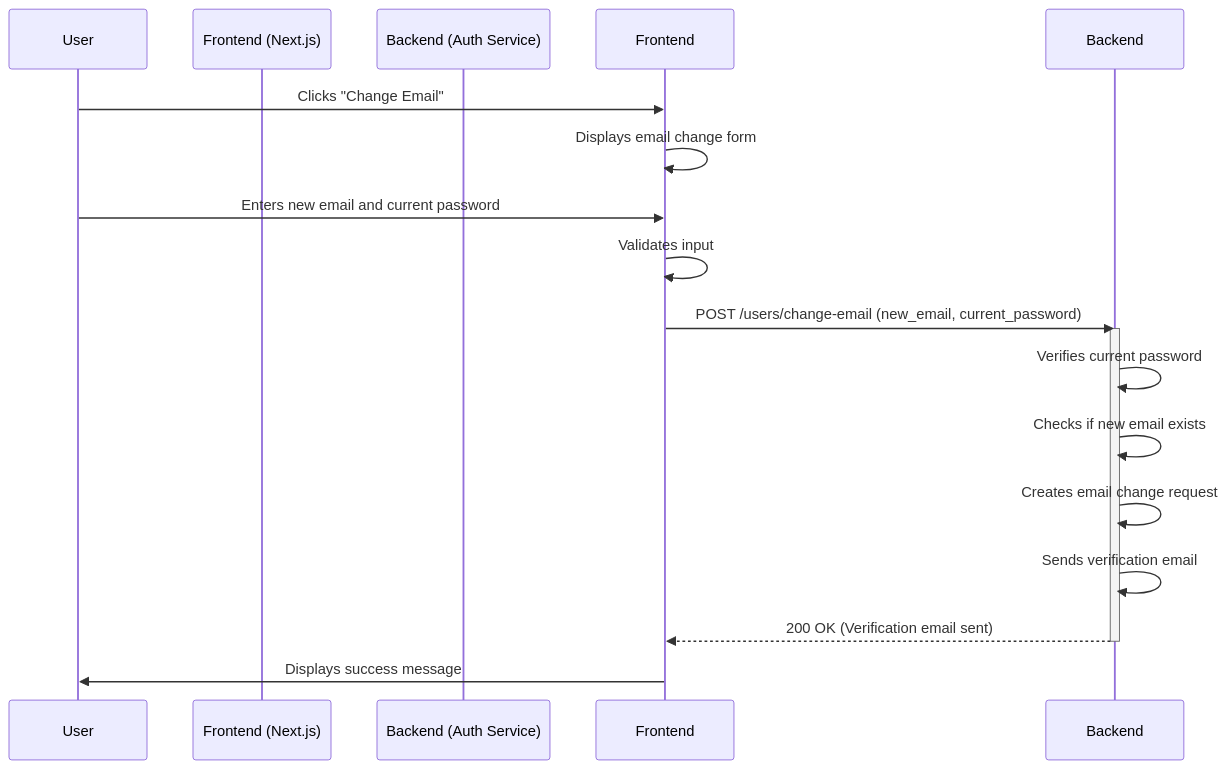
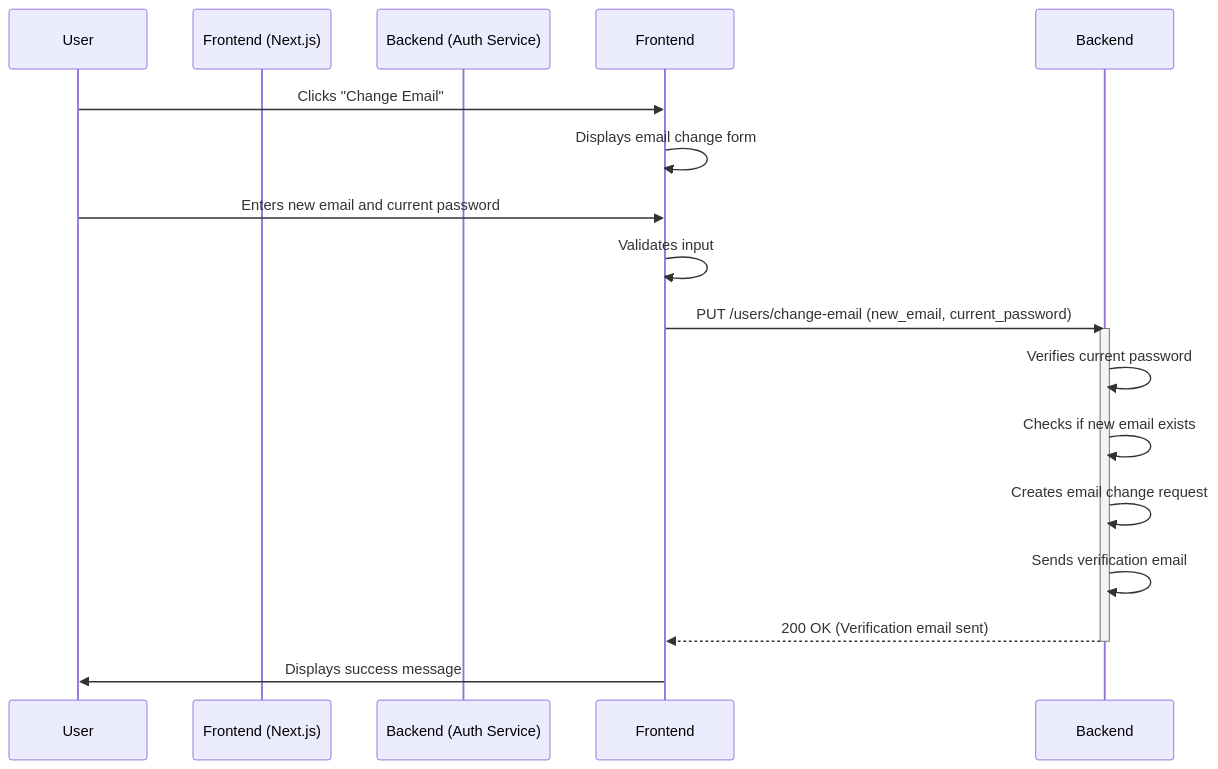
The first of 4 diagrams in docs/authentication_flows.md (AIgen-Solutions-s-r-l/fastapi-auth-service), drawn with Mermaid before and after one commit. The commit also changed other lines of this file, not shown here.

````diff
--- a/docs/authentication_flows.md
+++ b/docs/authentication_flows.md
@@ -619,20 +39,20 @@
 ```mermaid
 sequenceDiagram
     participant User
     participant Frontend (Next.js)
     participant Backend (Auth Service)
 
     User->>Frontend: Clicks "Change Email"
     Frontend->>Frontend: Displays email change form
     User->>Frontend: Enters new email and current password
     Frontend->>Frontend: Validates input
-    Frontend->>Backend: POST /users/change-email (new_email, current_password)
+    Frontend->>Backend: PUT /users/change-email (new_email, current_password)
     activate Backend
     Backend->>Backend: Verifies current password
     Backend->>Backend: Checks if new email exists
     Backend->>Backend: Creates email change request
     Backend->>Backend: Sends verification email
     Backend-->>Frontend: 200 OK (Verification email sent)
     deactivate Backend
     Frontend->>User: Displays success message
 ```
````
